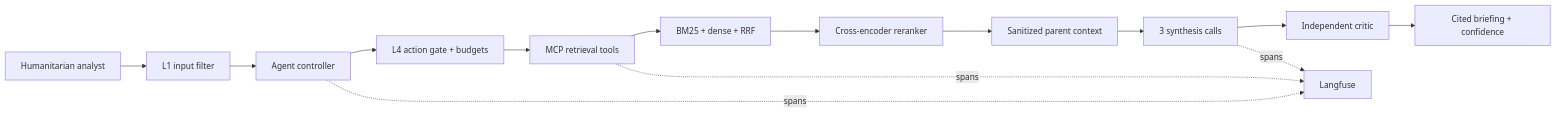
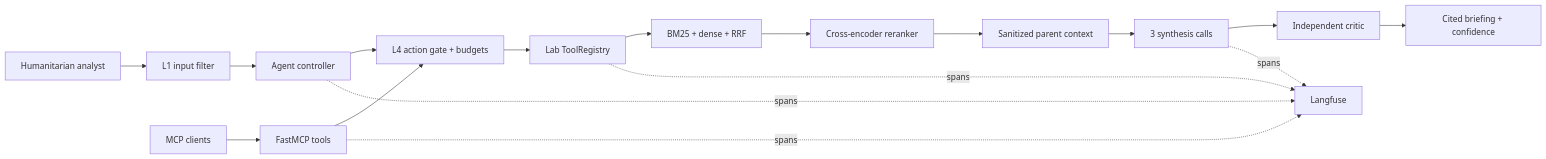
The diagram in docs/architecture.md (IThioye/climate-displacement-agent), drawn with Mermaid before and after one commit. The commit also changed other lines of this file and 17 other files, not shown here.

````diff
--- a/docs/architecture.md
+++ b/docs/architecture.md
@@ -3,16 +3,19 @@
 ```mermaid
 flowchart LR
     U[Humanitarian analyst] --> L1[L1 input filter]
     L1 --> A[Agent controller]
     A --> L4[L4 action gate + budgets]
-    L4 --> T[MCP retrieval tools]
+    L4 --> T[Lab ToolRegistry]
     T --> R[BM25 + dense + RRF]
+    M[MCP clients] --> F[FastMCP tools]
+    F --> L4
     R --> X[Cross-encoder reranker]
     X --> C[Sanitized parent context]
     C --> S[3 synthesis calls]
     S --> K[Independent critic]
     K --> O[Cited briefing + confidence]
     A -. spans .-> LF[Langfuse]
     T -. spans .-> LF
+    F -. spans .-> LF
     S -. spans .-> LF
 ```
````
